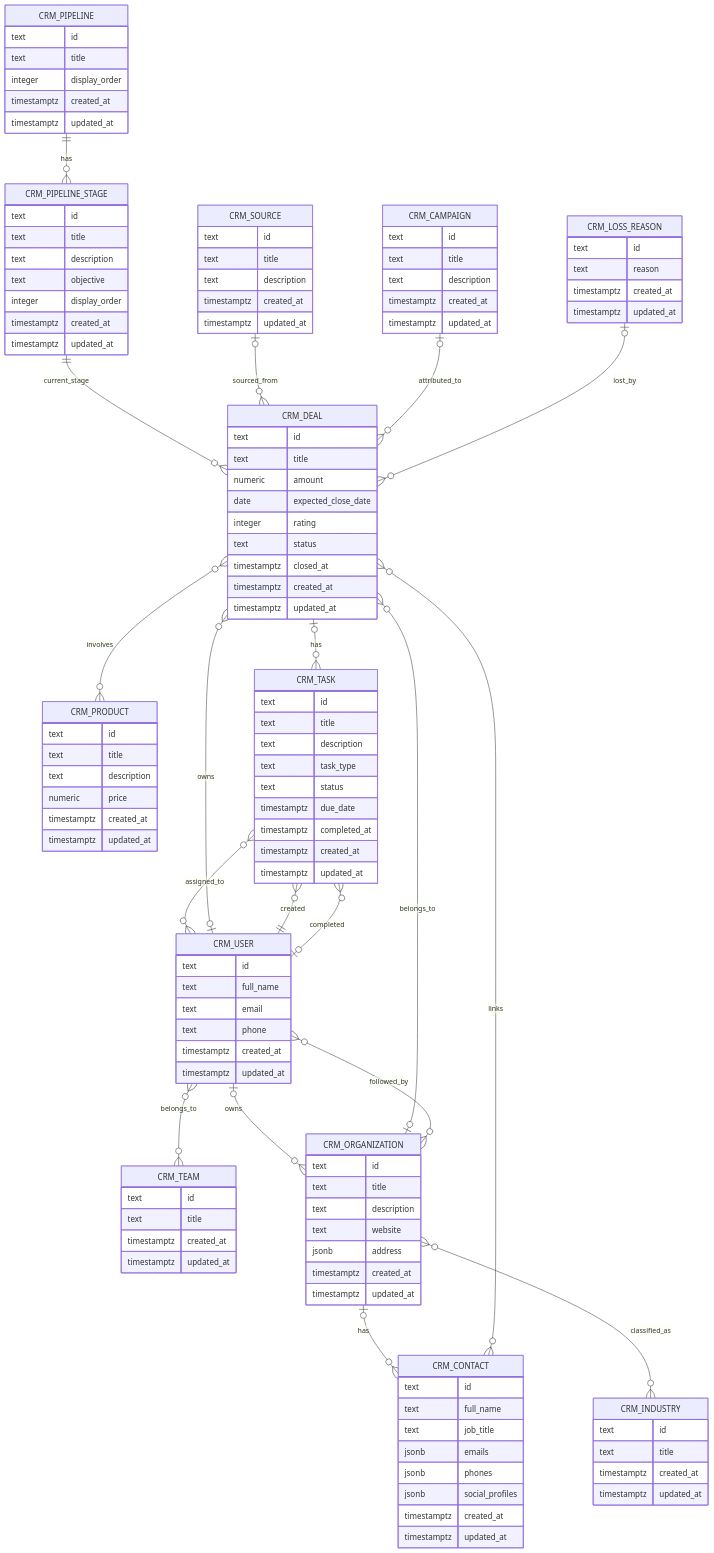
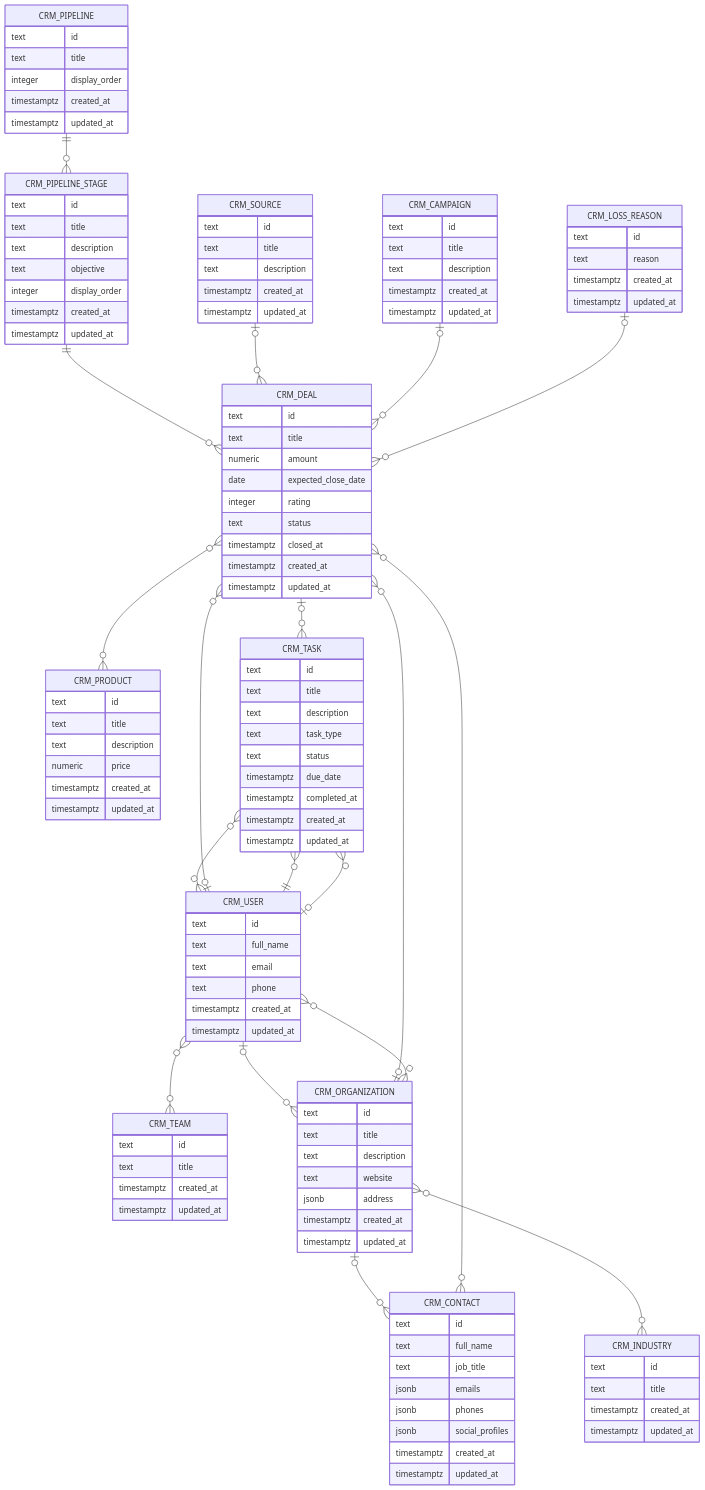
One commit to hcubasd/curly-spoon changed the first of 2 diagrams in README.md. Above: the diagram before and after it, drawn with Mermaid. The commit also changed other lines of this file and 1 other file, not shown here.

Commit message:
Format SQL lines, update ER diagram labels, and reference project as dashboard of mlclogistica.app

````diff
--- a/README.md
+++ b/README.md
@@ -196,22 +196,22 @@
         timestamptz updated_at
     }
 
-    CRM_PIPELINE ||--o{ CRM_PIPELINE_STAGE : "has"
-    CRM_PIPELINE_STAGE ||--o{ CRM_DEAL : "current_stage"
-    CRM_USER o|--o{ CRM_ORGANIZATION : "owns"
-    CRM_USER o|--o{ CRM_DEAL : "owns"
-    CRM_USER ||--o{ CRM_TASK : "created"
-    CRM_USER o|--o{ CRM_TASK : "completed"
-    CRM_SOURCE o|--o{ CRM_DEAL : "sourced_from"
-    CRM_CAMPAIGN o|--o{ CRM_DEAL : "attributed_to"
-    CRM_LOSS_REASON o|--o{ CRM_DEAL : "lost_by"
-    CRM_ORGANIZATION o|--o{ CRM_CONTACT : "has"
-    CRM_ORGANIZATION o|--o{ CRM_DEAL : "belongs_to"
-    CRM_DEAL }o--o{ CRM_PRODUCT : "involves"
-    CRM_DEAL o|--o{ CRM_TASK : "has"
-    CRM_DEAL }o--o{ CRM_CONTACT : "links"
-    CRM_ORGANIZATION }o--o{ CRM_INDUSTRY : "classified_as"
-    CRM_ORGANIZATION }o--o{ CRM_USER : "followed_by"
-    CRM_USER }o--o{ CRM_TEAM : "belongs_to"
-    CRM_TASK }o--o{ CRM_USER : "assigned_to"
+    CRM_PIPELINE ||--o{ CRM_PIPELINE_STAGE : ""
+    CRM_PIPELINE_STAGE ||--o{ CRM_DEAL : ""
+    CRM_USER |o--o{ CRM_ORGANIZATION : ""
+    CRM_USER |o--o{ CRM_DEAL : ""
+    CRM_USER ||--o{ CRM_TASK : ""
+    CRM_USER |o--o{ CRM_TASK : ""
+    CRM_SOURCE |o--o{ CRM_DEAL : ""
+    CRM_CAMPAIGN |o--o{ CRM_DEAL : ""
+    CRM_LOSS_REASON |o--o{ CRM_DEAL : ""
+    CRM_ORGANIZATION |o--o{ CRM_CONTACT : ""
+    CRM_ORGANIZATION |o--o{ CRM_DEAL : ""
+    CRM_DEAL }o--o{ CRM_PRODUCT : ""
+    CRM_DEAL |o--o{ CRM_TASK : ""
+    CRM_DEAL }o--o{ CRM_CONTACT : ""
+    CRM_ORGANIZATION }o--o{ CRM_INDUSTRY : ""
+    CRM_ORGANIZATION }o--o{ CRM_USER : ""
+    CRM_USER }o--o{ CRM_TEAM : ""
+    CRM_TASK }o--o{ CRM_USER : ""
 ```
````
